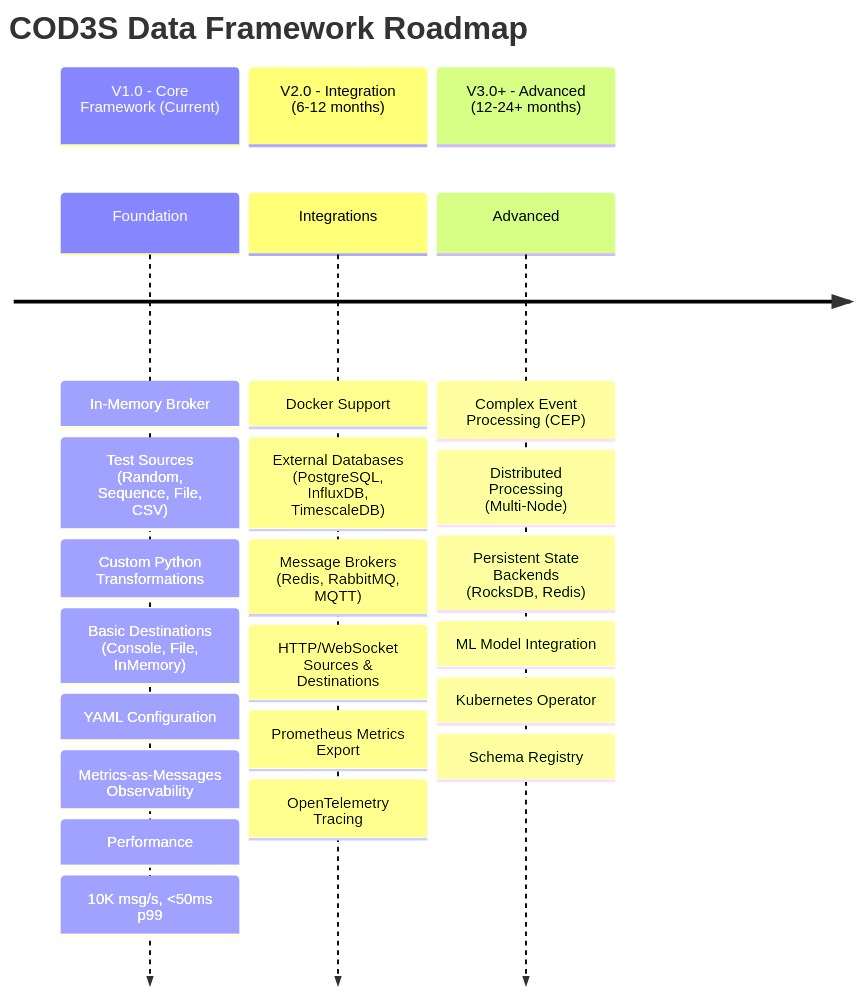
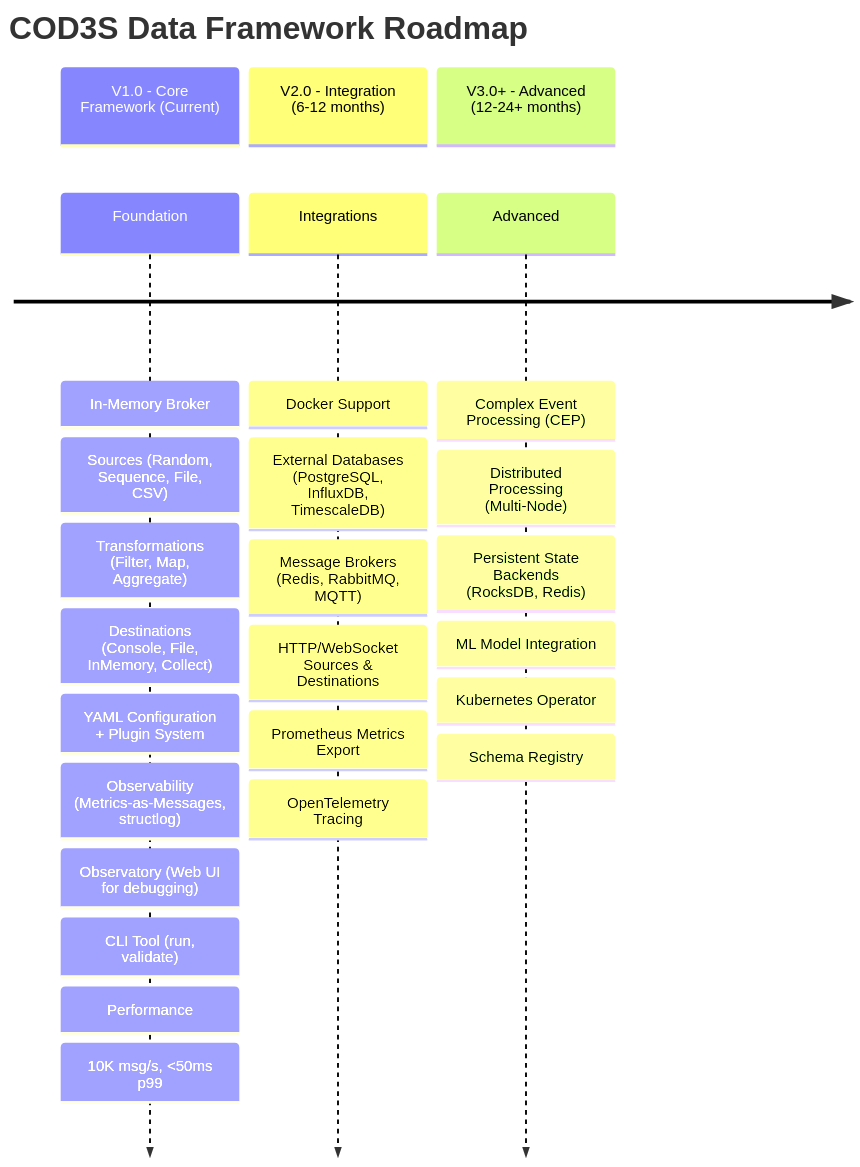
The diagram in docs/specifications/FUNCTIONAL_SPECIFICATION/13-FUTURE-V2-V3.md (edgemind-sas/cod3s-data), drawn with Mermaid before and after one commit. The commit also changed other lines of this file and 15 other files, not shown here.

````diff
--- a/docs/specifications/FUNCTIONAL_SPECIFICATION/13-FUTURE-V2-V3.md
+++ b/docs/specifications/FUNCTIONAL_SPECIFICATION/13-FUTURE-V2-V3.md
@@ -32,29 +32,31 @@
 ```mermaid
 timeline
     title COD3S Data Framework Roadmap
 
     section V1.0 - Core Framework (Current)
         Foundation : In-Memory Broker
-                   : Test Sources (Random, Sequence, File, CSV)
-                   : Custom Python Transformations
-                   : Basic Destinations (Console, File, InMemory)
-                   : YAML Configuration
-                   : Metrics-as-Messages Observability
+                   : Sources (Random, Sequence, File, CSV)
+                   : Transformations (Filter, Map, Aggregate)
+                   : Destinations (Console, File, InMemory, Collect)
+                   : YAML Configuration + Plugin System
+                   : Observability (Metrics-as-Messages, structlog)
+                   : Observatory (Web UI for debugging)
+                   : CLI Tool (run, validate)
                    : Performance: 10K msg/s, <50ms p99
 
     section V2.0 - Integration (6-12 months)
         Integrations : Docker Support
                      : External Databases (PostgreSQL, InfluxDB, TimescaleDB)
                      : Message Brokers (Redis, RabbitMQ, MQTT)
                      : HTTP/WebSocket Sources & Destinations
                      : Prometheus Metrics Export
                      : OpenTelemetry Tracing
 
     section V3.0+ - Advanced (12-24+ months)
         Advanced : Complex Event Processing (CEP)
                  : Distributed Processing (Multi-Node)
                  : Persistent State Backends (RocksDB, Redis)
                  : ML Model Integration
                  : Kubernetes Operator
                  : Schema Registry
 ```
````
